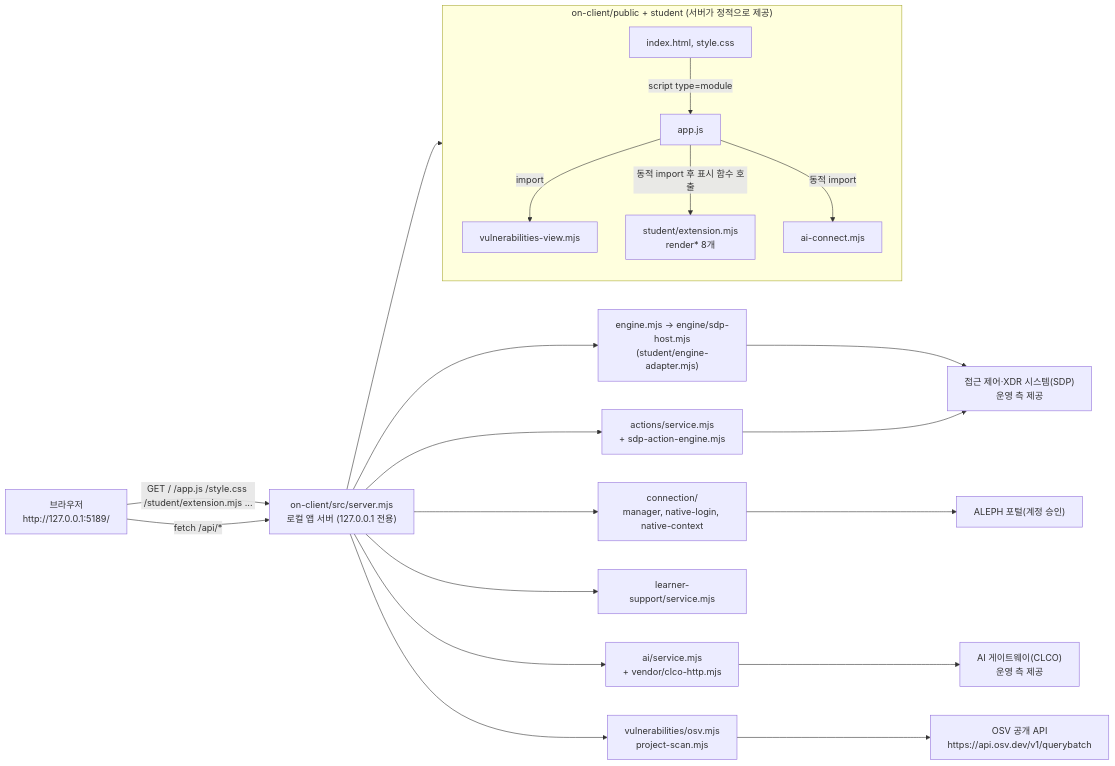
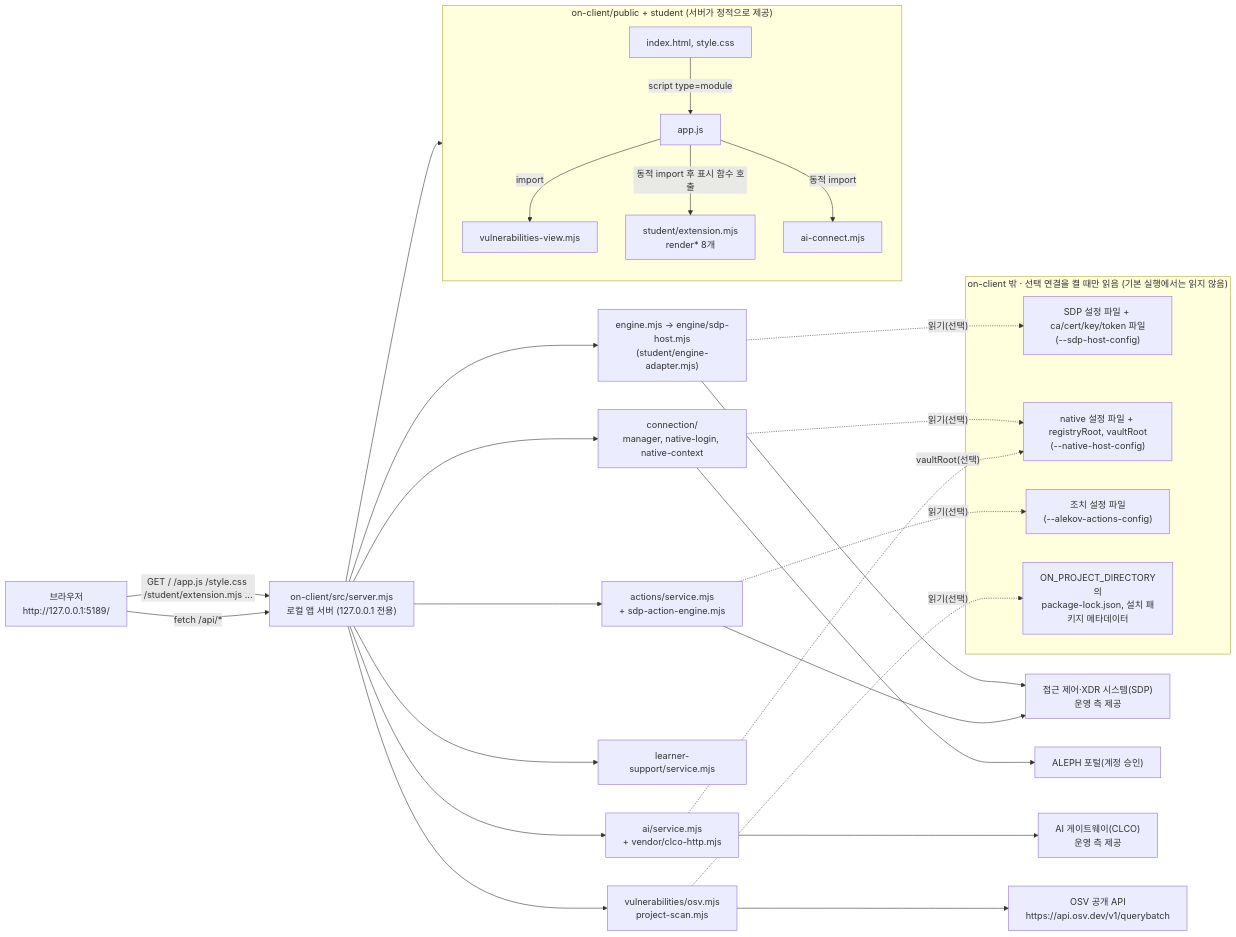
The diagram in on-client/docs/STUDENT_RUNBOOK.md (onedotfour88-lgtm/5-stage), drawn with Mermaid before and after one commit. The commit also changed other lines of this file and 1 other file, not shown here.

Commit message:
Fix stage 21 runbook: per-folder npm commands, optional external config boundary, accurate demo/.env claims

````diff
--- a/on-client/docs/STUDENT_RUNBOOK.md
+++ b/on-client/docs/STUDENT_RUNBOOK.md
@@ -96,35 +106,46 @@
 ```mermaid
 flowchart LR
   B["브라우저<br/>http://127.0.0.1:5189/"]
   subgraph PUB["on-client/public + student (서버가 정적으로 제공)"]
     IDX["index.html, style.css"]
     APP["app.js"]
     ACN["ai-connect.mjs"]
     VV["vulnerabilities-view.mjs"]
     STU["student/extension.mjs<br/>render* 8개"]
   end
   S["on-client/src/server.mjs<br/>로컬 앱 서버 (127.0.0.1 전용)"]
   ENG["engine.mjs → engine/sdp-host.mjs<br/>(student/engine-adapter.mjs)"]
   CON["connection/<br/>manager, native-login, native-context"]
   AI["ai/service.mjs<br/>+ vendor/clco-http.mjs"]
   LS["learner-support/service.mjs"]
   ACT["actions/service.mjs<br/>+ sdp-action-engine.mjs"]
   VUL["vulnerabilities/osv.mjs<br/>project-scan.mjs"]
   XDR["접근 제어·XDR 시스템(SDP)<br/>운영 측 제공"]
   P["ALEPH 포털(계정 승인)"]
   G["AI 게이트웨이(CLCO)<br/>운영 측 제공"]
   O["OSV 공개 API<br/>https://api.osv.dev/v1/querybatch"]
+  subgraph EXT["on-client 밖 · 선택 연결을 켤 때만 읽음 (기본 실행에서는 읽지 않음)"]
+    SDPCFG["SDP 설정 파일 + ca/cert/key/token 파일<br/>(--sdp-host-config)"]
+    NATCFG["native 설정 파일 + registryRoot, vaultRoot<br/>(--native-host-config)"]
+    ACTCFG["조치 설정 파일<br/>(--alekov-actions-config)"]
+    PRJ["ON_PROJECT_DIRECTORY의<br/>package-lock.json, 설치 패키지 메타데이터"]
+  end
   B -->|"GET / /app.js /style.css /student/extension.mjs ..."| S
   S --> PUB
   APP -->|"import"| VV
   APP -->|"동적 import 후 표시 함수 호출"| STU
   IDX -->|"script type=module"| APP
   APP -->|"동적 import"| ACN
   B -->|"fetch /api/*"| S
   S --> ENG --> XDR
   S --> CON --> P
   S --> AI --> G
   S --> LS
   S --> ACT --> XDR
   S --> VUL --> O
+  ENG -.->|"읽기(선택)"| SDPCFG
+  CON -.->|"읽기(선택)"| NATCFG
+  AI -.->|"vaultRoot(선택)"| NATCFG
+  ACT -.->|"읽기(선택)"| ACTCFG
+  VUL -.->|"읽기(선택)"| PRJ
 ```
````
